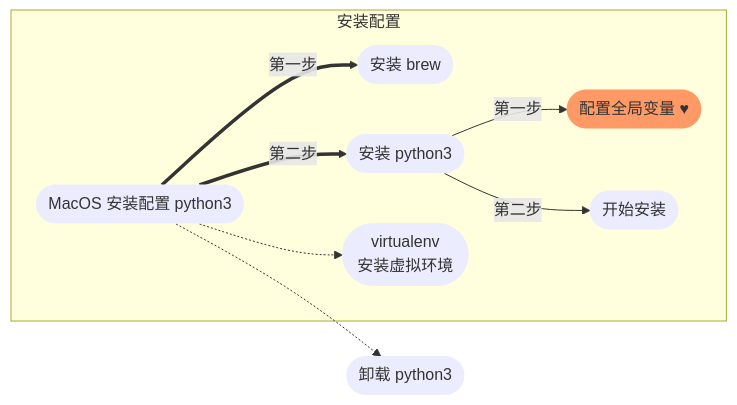
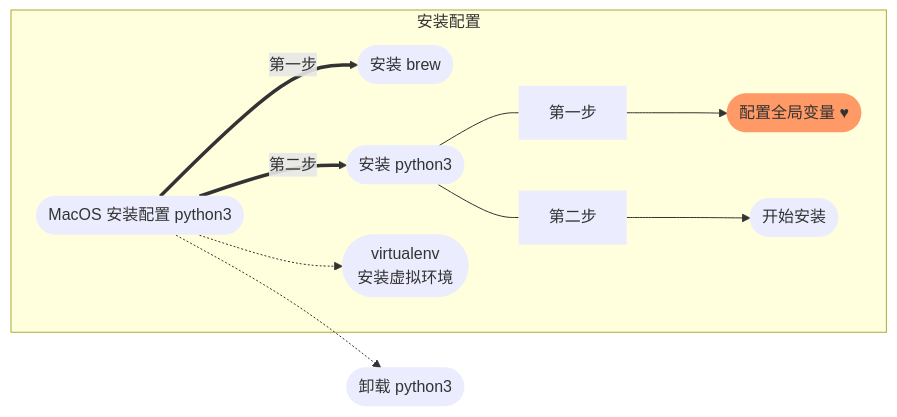
Before and after one commit to yangtudou/yangtudou: the diagram in MacOS安装配置python3.md, drawn with Mermaid.

````diff
--- a/MacOS安装配置python3.md
+++ b/MacOS安装配置python3.md
@@ -10,18 +10,18 @@
 ```mermaid
 flowchart LR
     %% 定义全局的样式
     classDef default stroke-width:0px;
     classDef important fill:#f96;
     %% 结束
     A([MacOS 安装配置 python3])
     subgraph 安装配置
     A == 第一步 ==> B([安装 brew])
     A == 第二步 ==> C([安装 python3])
-    C -- 第一步 -->C1(["配置全局变量 #9829;"]):::important
-    C -- 第二步 -->C2([开始安装])
+    C --- 第一步 --->C1(["配置全局变量 #9829;"]):::important
+    C --- 第二步 --->C2([开始安装])
     A -.-> D([" virtualenv\n安装虚拟环境"])
     end
     A -.-> E([卸载 python3])
     %% 链接
     click B "https://brew.sh/" "brew 官网地址"
 ```
````
